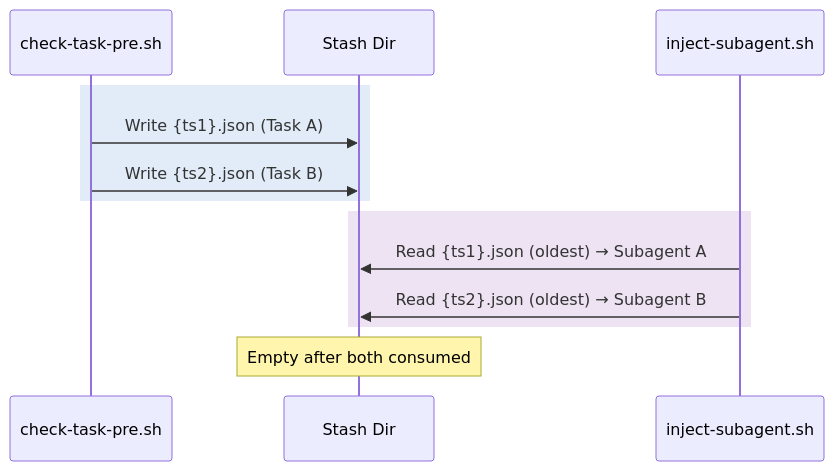
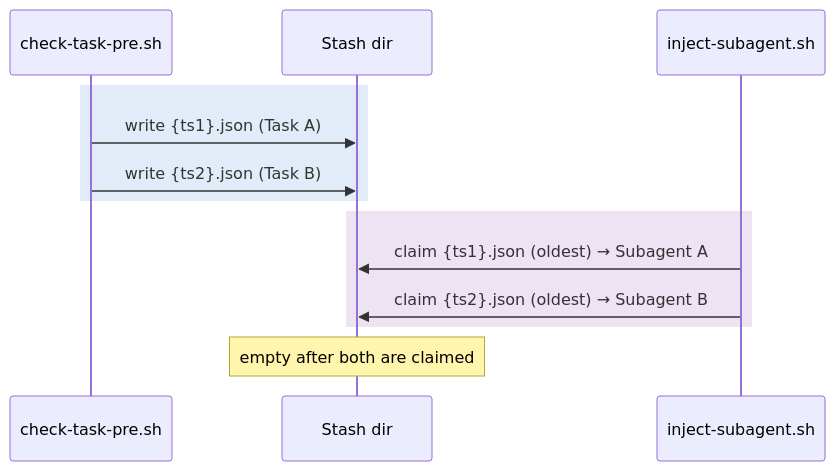
Before and after one commit to aaronsb/agent-ways: the fifth of 13 diagrams in docs/architecture.md, drawn with Mermaid. The commit also changed other lines of this file and 7 other files, not shown here.

First line of the commit message:
docs(architecture): redraw the ways pipeline for the judge, late-interaction and per-agent state

````diff
--- a/docs/architecture.md
+++ b/docs/architecture.md
@@ -168,18 +251,18 @@
 ```mermaid
 sequenceDiagram
     participant CT as check-task-pre.sh
-    participant S as Stash Dir
+    participant S as Stash dir
     participant IS as inject-subagent.sh
 
     rect rgba(21, 101, 192, 0.12)
-        CT->>S: Write {ts1}.json (Task A)
-        CT->>S: Write {ts2}.json (Task B)
+        CT->>S: write {ts1}.json (Task A)
+        CT->>S: write {ts2}.json (Task B)
     end
 
     rect rgba(106, 27, 154, 0.12)
-        IS->>S: Read {ts1}.json (oldest) → Subagent A
-        IS->>S: Read {ts2}.json (oldest) → Subagent B
+        IS->>S: claim {ts1}.json (oldest) → Subagent A
+        IS->>S: claim {ts2}.json (oldest) → Subagent B
     end
 
-    Note over S: Empty after both consumed
+    Note over S: empty after both are claimed
 ```
````
